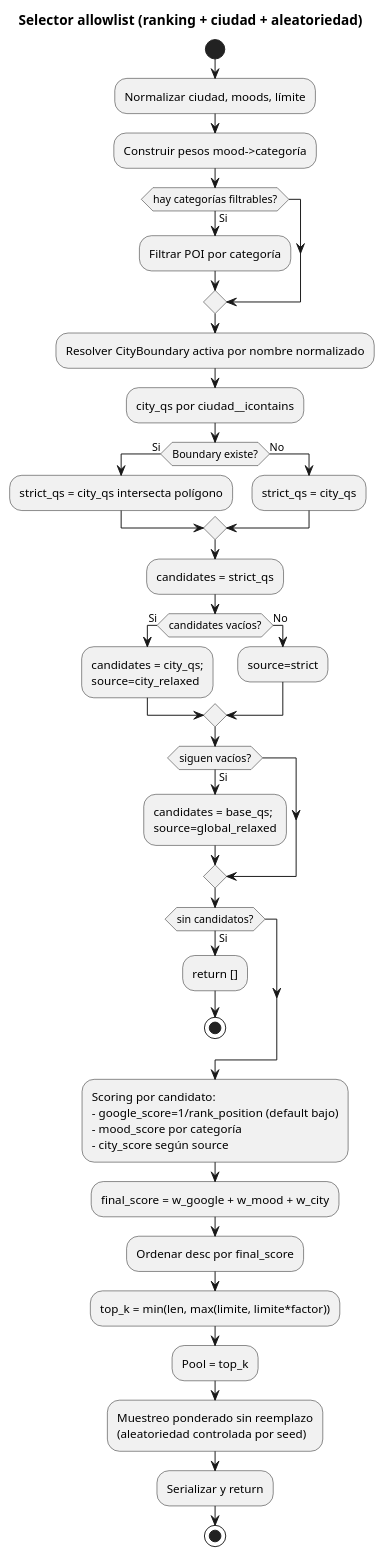
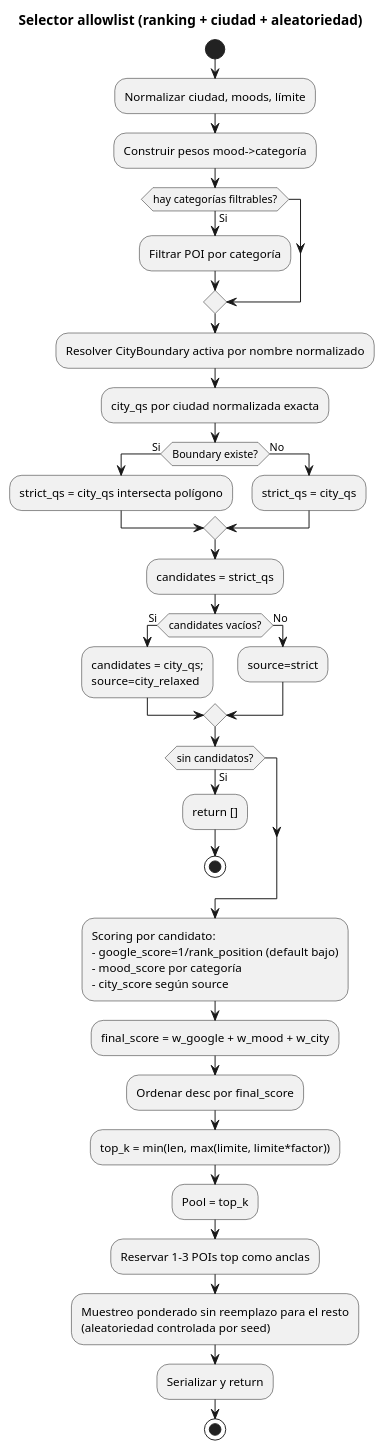
The sixth of 6 diagrams in documentacion/uml-generacion-rutas-ia.md (G4-AURA/Entrega-S1), drawn with PlantUML before and after one commit. The commit also changed other lines of this file and 7 other files, not shown here.

````diff
--- a/documentacion/uml-generacion-rutas-ia.md
+++ b/documentacion/uml-generacion-rutas-ia.md
@@ -235,50 +224,47 @@
 ```plantuml
 @startuml
 title Selector allowlist (ranking + ciudad + aleatoriedad)
 
 start
 
 :Normalizar ciudad, moods, límite;
 :Construir pesos mood->categoría;
 
 if (hay categorías filtrables?) then (Si)
   :Filtrar POI por categoría;
 endif
 
 :Resolver CityBoundary activa por nombre normalizado;
-:city_qs por ciudad__icontains;
+:city_qs por ciudad normalizada exacta;
 
 if (Boundary existe?) then (Si)
   :strict_qs = city_qs intersecta polígono;
 else (No)
   :strict_qs = city_qs;
 endif
 
 :candidates = strict_qs;
 if (candidates vacíos?) then (Si)
   :candidates = city_qs;\nsource=city_relaxed;
 else (No)
   :source=strict;
 endif
 
-if (siguen vacíos?) then (Si)
-  :candidates = base_qs;\nsource=global_relaxed;
-endif
-
 if (sin candidatos?) then (Si)
   :return [];
   stop
 endif
 
 :Scoring por candidato:\n- google_score=1/rank_position (default bajo)\n- mood_score por categoría\n- city_score según source;
 :final_score = w_google + w_mood + w_city;
 
 :Ordenar desc por final_score;
 :top_k = min(len, max(limite, limite*factor));
 :Pool = top_k;
-:Muestreo ponderado sin reemplazo\n(aleatoriedad controlada por seed);
+:Reservar 1-3 POIs top como anclas;
+:Muestreo ponderado sin reemplazo para el resto\n(aleatoriedad controlada por seed);
 :Serializar y return;
 stop
 
 @enduml
 ```
````
